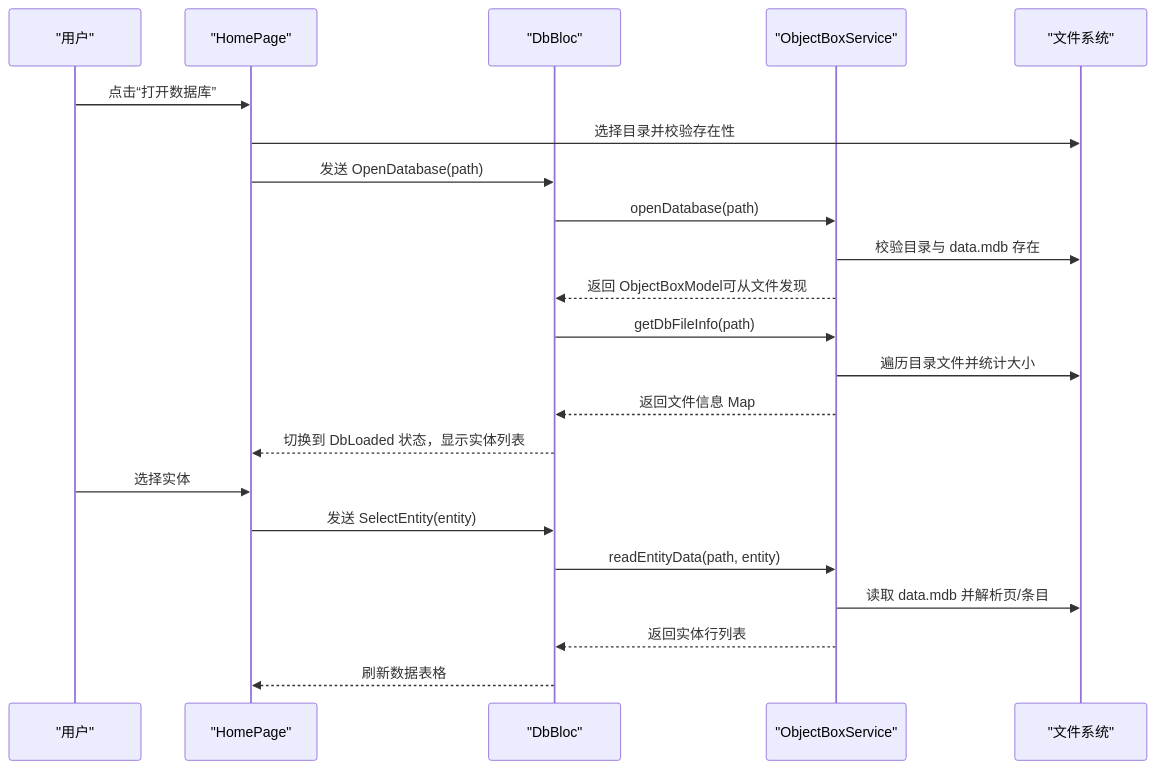
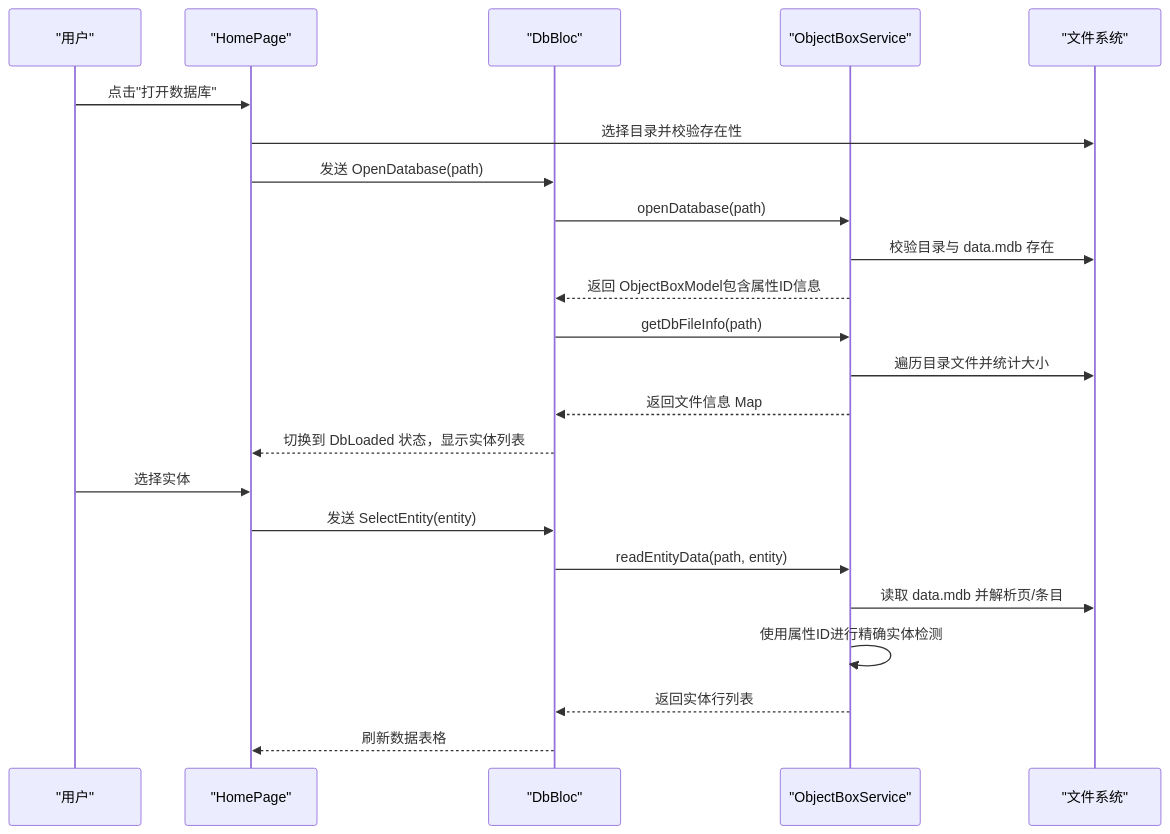
Before and after one commit to kongpf8848/objectbox_viewer: the second of 5 diagrams in .qoder/repowiki/zh/content/核心功能/数据库管理.md, drawn with Mermaid. The commit also changed other lines of this file and 22 other files, not shown here.

````diff
--- a/.qoder/repowiki/zh/content/核心功能/数据库管理.md
+++ b/.qoder/repowiki/zh/content/核心功能/数据库管理.md
@@ -110,24 +119,25 @@
 ```mermaid
 sequenceDiagram
 participant U as "用户"
 participant UI as "HomePage"
 participant B as "DbBloc"
 participant S as "ObjectBoxService"
 participant FS as "文件系统"
-U->>UI : 点击“打开数据库”
+U->>UI : 点击"打开数据库"
 UI->>FS : 选择目录并校验存在性
 UI->>B : 发送 OpenDatabase(path)
 B->>S : openDatabase(path)
 S->>FS : 校验目录与 data.mdb 存在
-S-->>B : 返回 ObjectBoxModel可从文件发现
+S-->>B : 返回 ObjectBoxModel包含属性ID信息
 B->>S : getDbFileInfo(path)
 S->>FS : 遍历目录文件并统计大小
 S-->>B : 返回文件信息 Map
 B-->>UI : 切换到 DbLoaded 状态，显示实体列表
 U->>UI : 选择实体
 UI->>B : 发送 SelectEntity(entity)
 B->>S : readEntityData(path, entity)
 S->>FS : 读取 data.mdb 并解析页/条目
+S->>S : 使用属性ID进行精确实体检测
 S-->>B : 返回实体行列表
 B-->>UI : 刷新数据表格
 ```
````
